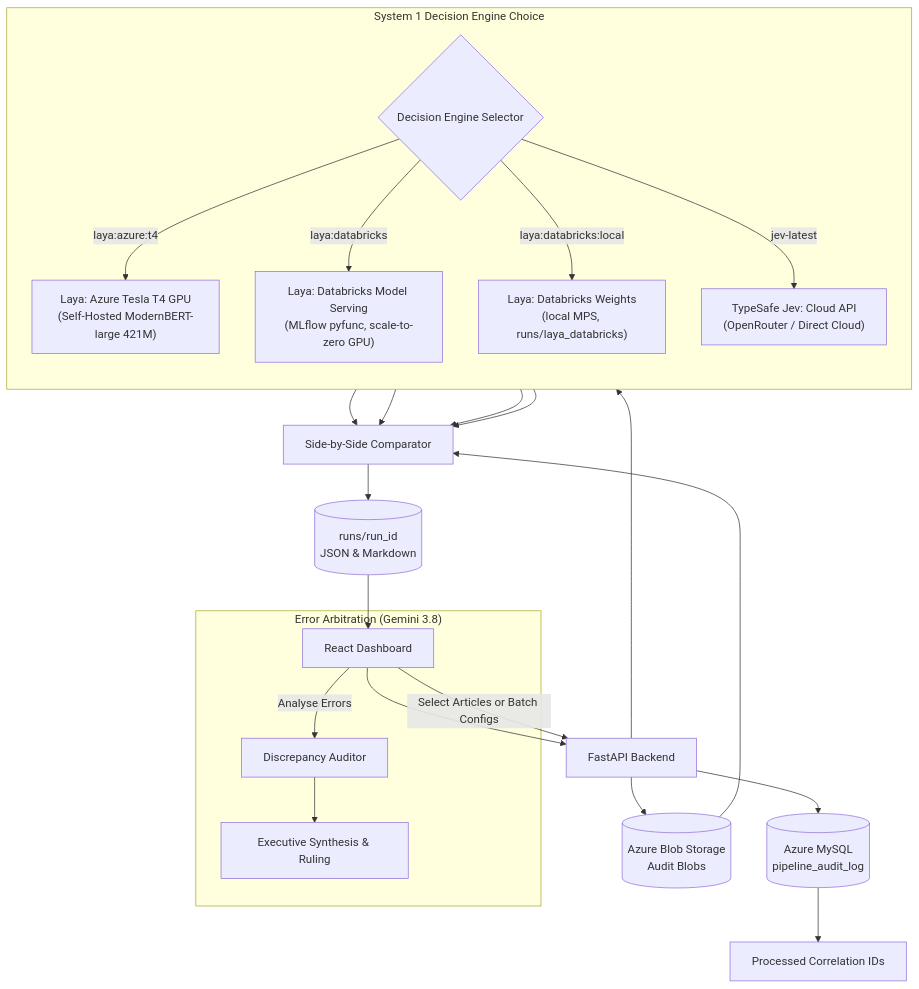
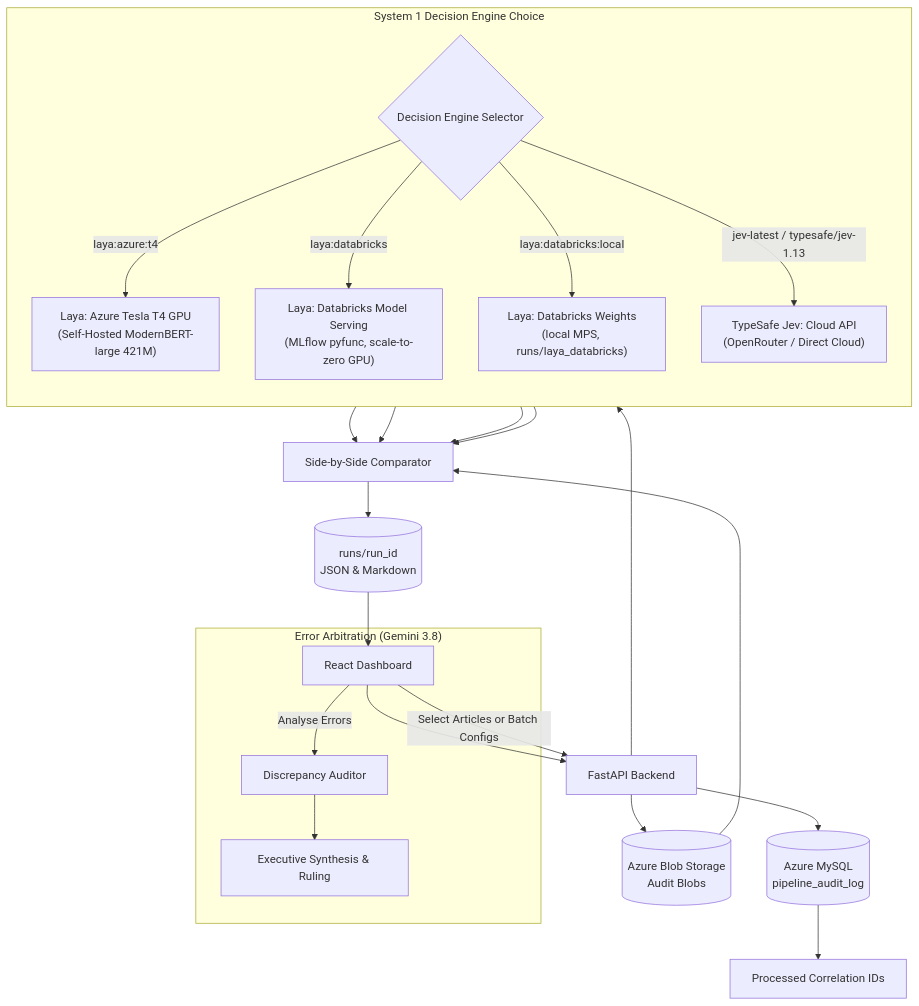
One commit to TonyP-MR/jev-curation-engine changed the first of 3 diagrams in README.md. Above: the diagram before and after it, drawn with Mermaid. The commit also changed other lines of this file and 7 other files, not shown here.

````diff
--- a/README.md
+++ b/README.md
@@ -93,35 +94,35 @@
 ```mermaid
 flowchart TD
     UI[React Dashboard] --> API[FastAPI Backend]
     API --> SQL[(Azure MySQL<br/>pipeline_audit_log)]
     SQL --> IDs[Processed Correlation IDs]
     UI -->|Select Articles or Batch Configs| API
     API --> BLOB[(Azure Blob Storage<br/>Audit Blobs)]
     
     subgraph S1["System 1 Decision Engine Choice"]
         direction TB
         ENGINE{Decision Engine Selector}
         LAYA["Laya: Azure Tesla T4 GPU<br/>(Self-Hosted ModernBERT-large 421M)"]
         DBX["Laya: Databricks Model Serving<br/>(MLflow pyfunc, scale-to-zero GPU)"]
         DBXL["Laya: Databricks Weights<br/>(local MPS, runs/laya_databricks)"]
         JEV["TypeSafe Jev: Cloud API<br/>(OpenRouter / Direct Cloud)"]
         ENGINE -->|"laya:azure:t4"| LAYA
         ENGINE -->|"laya:databricks"| DBX
         ENGINE -->|"laya:databricks:local"| DBXL
-        ENGINE -->|"jev-latest"| JEV
+        ENGINE -->|"jev-latest / typesafe/jev-1.13"| JEV
     end
 
     API --> ENGINE
     LAYA --> COMP[Side-by-Side Comparator]
     DBX --> COMP
     DBXL --> COMP
     JEV --> COMP
     BLOB --> COMP
     COMP --> RUNS[(runs/run_id<br/>JSON & Markdown)]
     RUNS --> UI
     
     subgraph ARB["Error Arbitration (Gemini 3.8)"]
         UI -->|Analyse Errors| ARB_RUN[Discrepancy Auditor]
         ARB_RUN --> SYNTH[Executive Synthesis & Ruling]
     end
 ```
````
